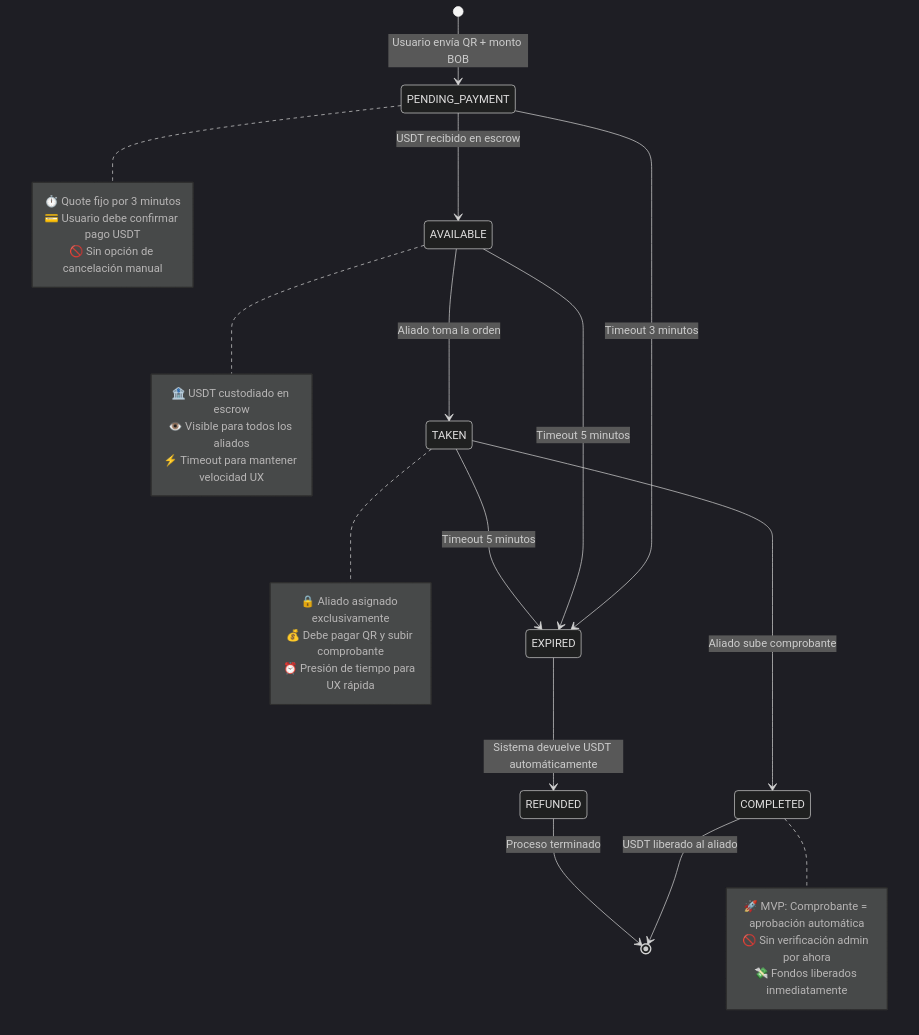
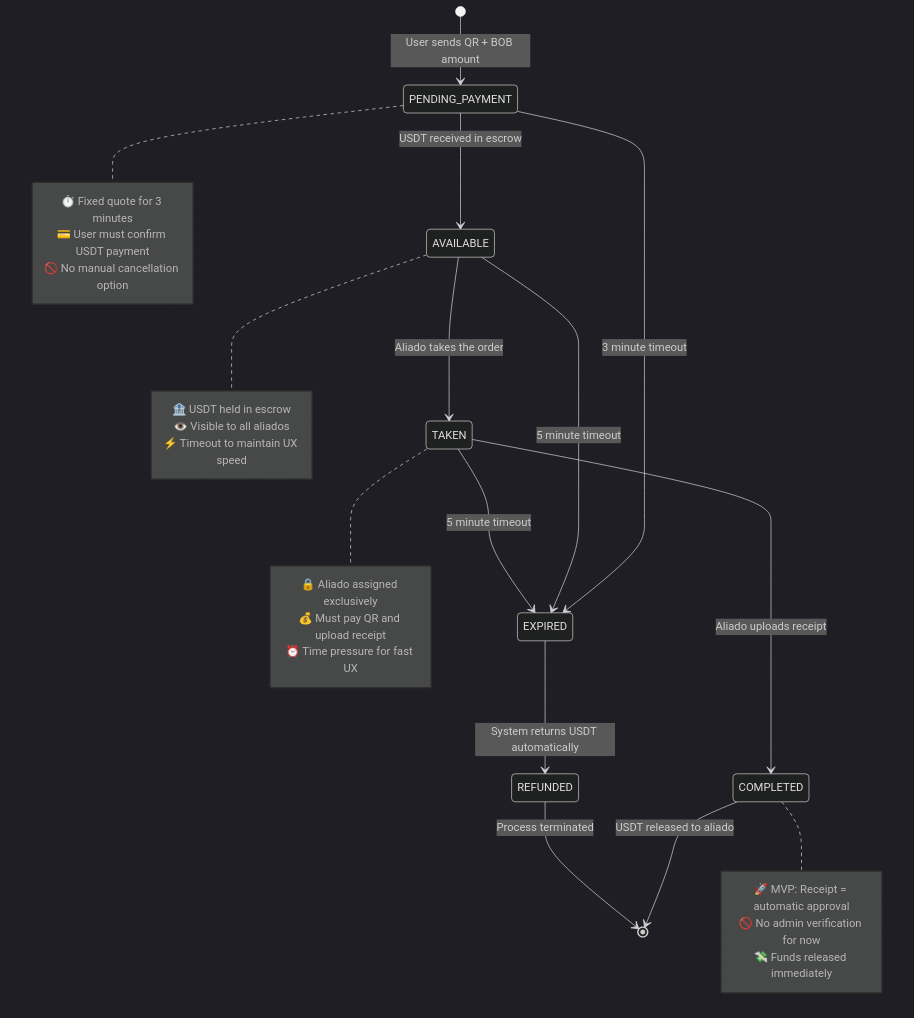
One commit to kibo-project/Kibo-Wiki changed the first of 8 diagrams in 02-estados-y-flujos.md. Above: the diagram before and after it, drawn with Mermaid (dark theme). The commit also changed other lines of this file and 5 other files, not shown here.

````diff
--- a/02-estados-y-flujos.md
+++ b/02-estados-y-flujos.md
@@ -5,41 +5,41 @@
 ```mermaid
 stateDiagram-v2
-    [*] --> PENDING_PAYMENT : Usuario envía QR + monto BOB
+    [*] --> PENDING_PAYMENT : User sends QR + BOB amount
     
-    PENDING_PAYMENT --> AVAILABLE : USDT recibido en escrow
-    PENDING_PAYMENT --> EXPIRED : Timeout 3 minutos
+    PENDING_PAYMENT --> AVAILABLE : USDT received in escrow
+    PENDING_PAYMENT --> EXPIRED : 3 minute timeout
     
-    AVAILABLE --> TAKEN : Aliado toma la orden
-    AVAILABLE --> EXPIRED : Timeout 5 minutos
+    AVAILABLE --> TAKEN : Aliado takes the order
+    AVAILABLE --> EXPIRED : 5 minute timeout
     
-    TAKEN --> COMPLETED : Aliado sube comprobante
-    TAKEN --> EXPIRED : Timeout 5 minutos
+    TAKEN --> COMPLETED : Aliado uploads receipt
+    TAKEN --> EXPIRED : 5 minute timeout
     
-    EXPIRED --> REFUNDED : Sistema devuelve USDT automáticamente
-    COMPLETED --> [*] : USDT liberado al aliado
-    REFUNDED --> [*] : Proceso terminado
+    EXPIRED --> REFUNDED : System returns USDT automatically
+    COMPLETED --> [*] : USDT released to aliado
+    REFUNDED --> [*] : Process terminated
 
     note right of PENDING_PAYMENT
-        ⏱️ Quote fijo por 3 minutos
-        💳 Usuario debe confirmar pago USDT
-        🚫 Sin opción de cancelación manual
+        ⏱️ Fixed quote for 3 minutes
+        💳 User must confirm USDT payment
+        🚫 No manual cancellation option
     end note
 
     note right of AVAILABLE
-        🏦 USDT custodiado en escrow
-        👁️ Visible para todos los aliados
-        ⚡ Timeout para mantener velocidad UX
+        🏦 USDT held in escrow
+        👁️ Visible to all aliados
+        ⚡ Timeout to maintain UX speed
     end note
 
     note right of TAKEN
-        🔒 Aliado asignado exclusivamente
-        💰 Debe pagar QR y subir comprobante
-        ⏰ Presión de tiempo para UX rápida
+        🔒 Aliado assigned exclusively
+        💰 Must pay QR and upload receipt
+        ⏰ Time pressure for fast UX
     end note
 
     note right of COMPLETED
-        🚀 MVP: Comprobante = aprobación automática
-        🚫 Sin verificación admin por ahora
-        💸 Fondos liberados inmediatamente
+        🚀 MVP: Receipt = automatic approval
+        🚫 No admin verification for now
+        💸 Funds released immediately
     end note
 ```
````
